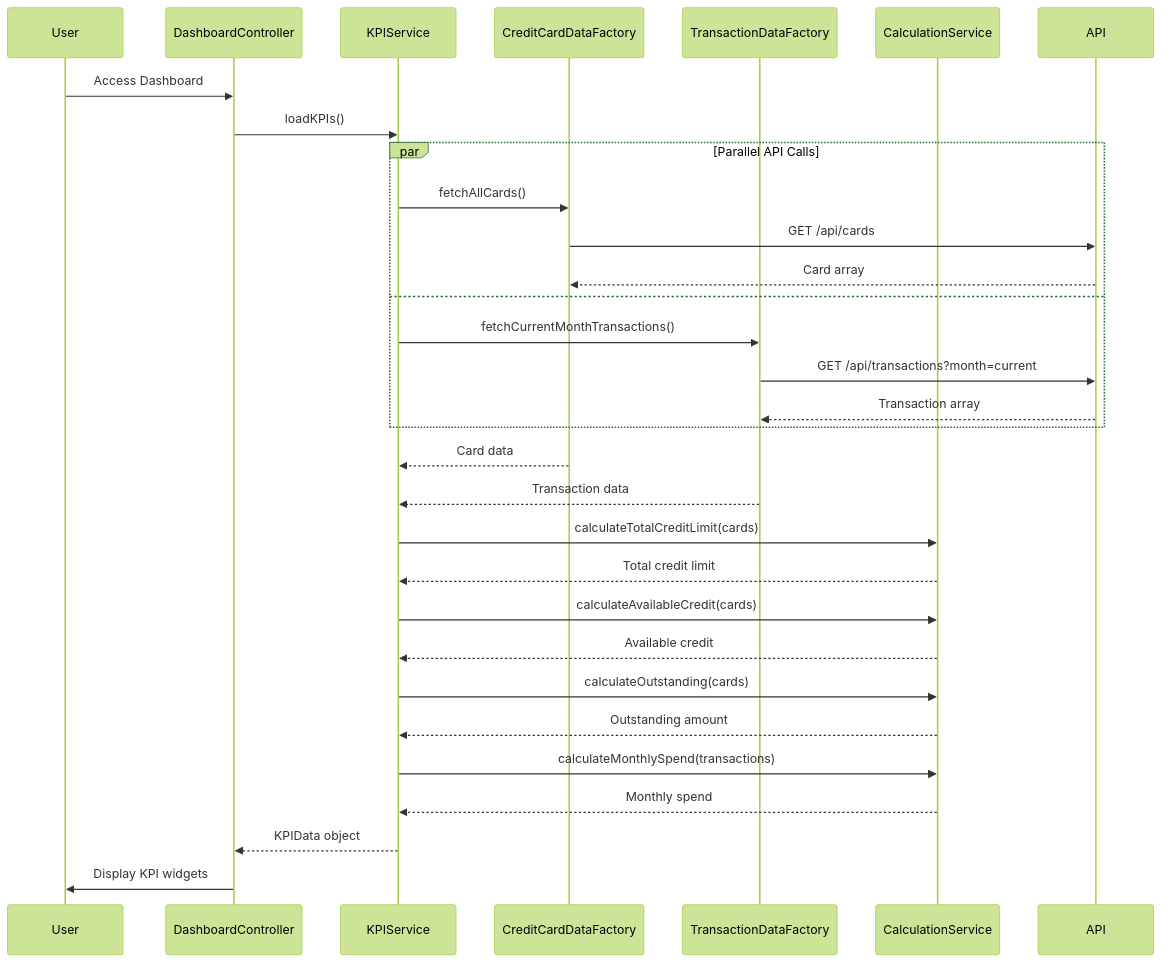
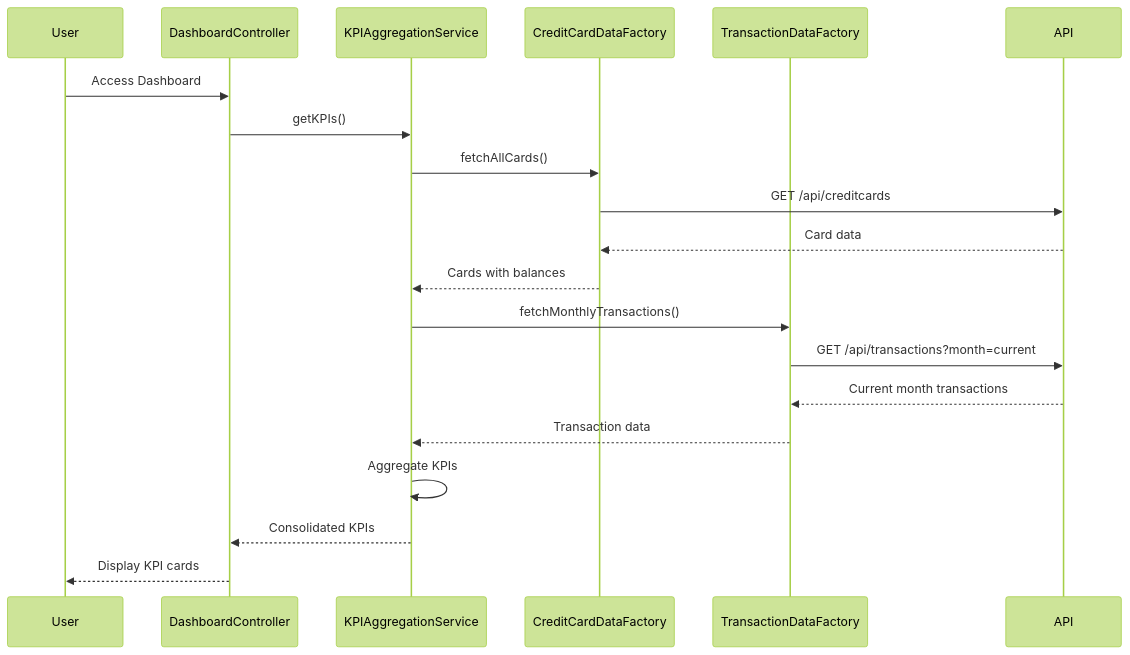
One commit to AAVA-Demo/APB_Demo changed the diagram in LLD/QE-8602_LLD.md. Above: the diagram before and after it, drawn with Mermaid (forest theme). The commit also changed other lines of this file and 5 other files, not shown here.

````diff
--- a/LLD/QE-8602_LLD.md
+++ b/LLD/QE-8602_LLD.md
@@ -76,34 +84,23 @@
 ```mermaid
 sequenceDiagram
     participant User
     participant DashboardController
-    participant KPIService
+    participant KPIAggregationService
     participant CreditCardDataFactory
     participant TransactionDataFactory
-    participant CalculationService
     participant API
     
     User->>DashboardController: Access Dashboard
-    DashboardController->>KPIService: loadKPIs()
-    par Parallel API Calls
-        KPIService->>CreditCardDataFactory: fetchAllCards()
-        CreditCardDataFactory->>API: GET /api/cards
-        API-->>CreditCardDataFactory: Card array
-    and
-        KPIService->>TransactionDataFactory: fetchCurrentMonthTransactions()
-        TransactionDataFactory->>API: GET /api/transactions?month=current
-        API-->>TransactionDataFactory: Transaction array
-    end
-    CreditCardDataFactory-->>KPIService: Card data
-    TransactionDataFactory-->>KPIService: Transaction data
-    KPIService->>CalculationService: calculateTotalCreditLimit(cards)
-    CalculationService-->>KPIService: Total credit limit
-    KPIService->>CalculationService: calculateAvailableCredit(cards)
-    CalculationService-->>KPIService: Available credit
-    KPIService->>CalculationService: calculateOutstanding(cards)
-    CalculationService-->>KPIService: Outstanding amount
-    KPIService->>CalculationService: calculateMonthlySpend(transactions)
-    CalculationService-->>KPIService: Monthly spend
-    KPIService-->>DashboardController: KPIData object
-    DashboardController->>User: Display KPI widgets
+    DashboardController->>KPIAggregationService: getKPIs()
+    KPIAggregationService->>CreditCardDataFactory: fetchAllCards()
+    CreditCardDataFactory->>API: GET /api/creditcards
+    API-->>CreditCardDataFactory: Card data
+    CreditCardDataFactory-->>KPIAggregationService: Cards with balances
+    KPIAggregationService->>TransactionDataFactory: fetchMonthlyTransactions()
+    TransactionDataFactory->>API: GET /api/transactions?month=current
+    API-->>TransactionDataFactory: Current month transactions
+    TransactionDataFactory-->>KPIAggregationService: Transaction data
+    KPIAggregationService->>KPIAggregationService: Aggregate KPIs
+    KPIAggregationService-->>DashboardController: Consolidated KPIs
+    DashboardController-->>User: Display KPI cards
 ```
````
